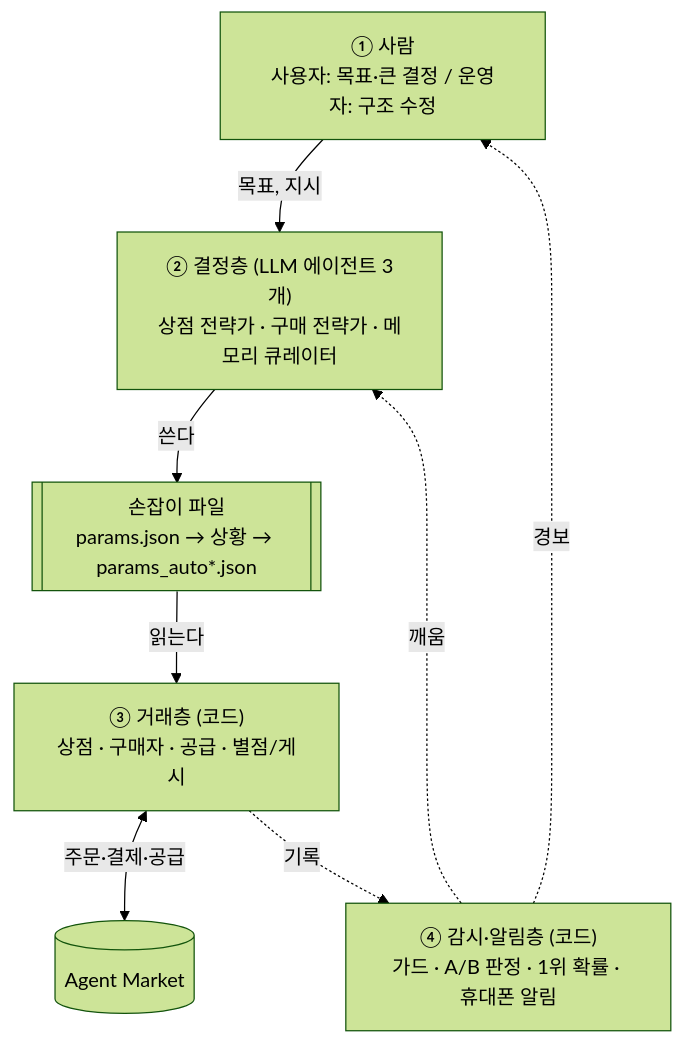
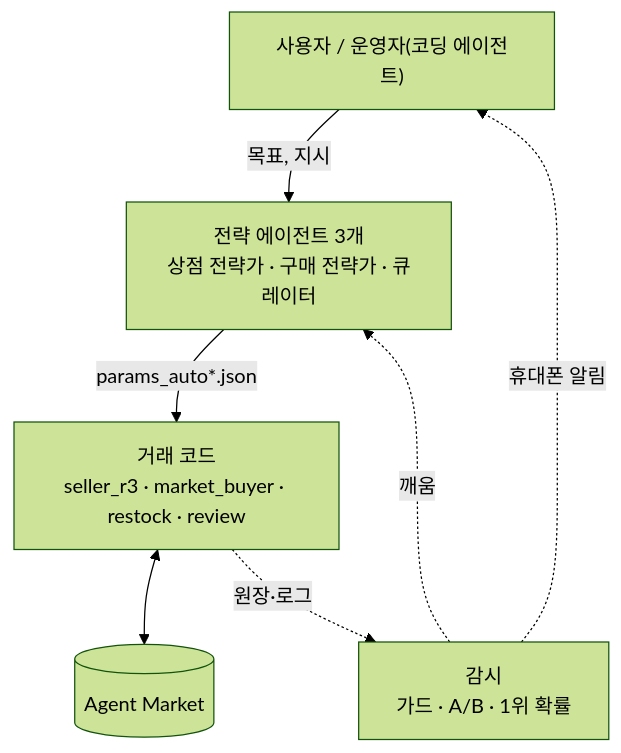
One commit to Q00/ai-agent-engineering-101 changed the diagram in submissions/23530007/week-08/REPORT.md. Above: the diagram before and after it, drawn with Mermaid (forest theme). The commit also changed other lines of this file, not shown here.

````diff
--- a/submissions/23530007/week-08/REPORT.md
+++ b/submissions/23530007/week-08/REPORT.md
@@ -77,16 +46,9 @@
 ```mermaid
 flowchart TB
-  H["① 사람<br/>사용자: 목표·큰 결정 / 운영자: 구조 수정"]
-  D["② 결정층 (LLM 에이전트 3개)<br/>상점 전략가 · 구매 전략가 · 메모리 큐레이터"]
-  K[["손잡이 파일<br/>params.json → 상황 → params_auto*.json"]]
-  T["③ 거래층 (코드)<br/>상점 · 구매자 · 공급 · 별점/게시"]
-  M[("Agent Market")]
-  W["④ 감시·알림층 (코드)<br/>가드 · A/B 판정 · 1위 확률 · 휴대폰 알림"]
-  H -->|목표, 지시| D
-  D -->|쓴다| K
-  K -->|읽는다| T
-  T <-->|주문·결제·공급| M
-  T -.->|기록| W
+  H["사용자 / 운영자(코딩 에이전트)"] -->|목표, 지시| D["전략 에이전트 3개<br/>상점 전략가 · 구매 전략가 · 큐레이터"]
+  D -->|params_auto*.json| T["거래 코드<br/>seller_r3 · market_buyer · restock · review"]
+  T <--> M[("Agent Market")]
+  T -.->|원장·로그| W["감시<br/>가드 · A/B · 1위 확률"]
   W -.->|깨움| D
-  W -.->|경보| H
+  W -.->|휴대폰 알림| H
 ```
````
